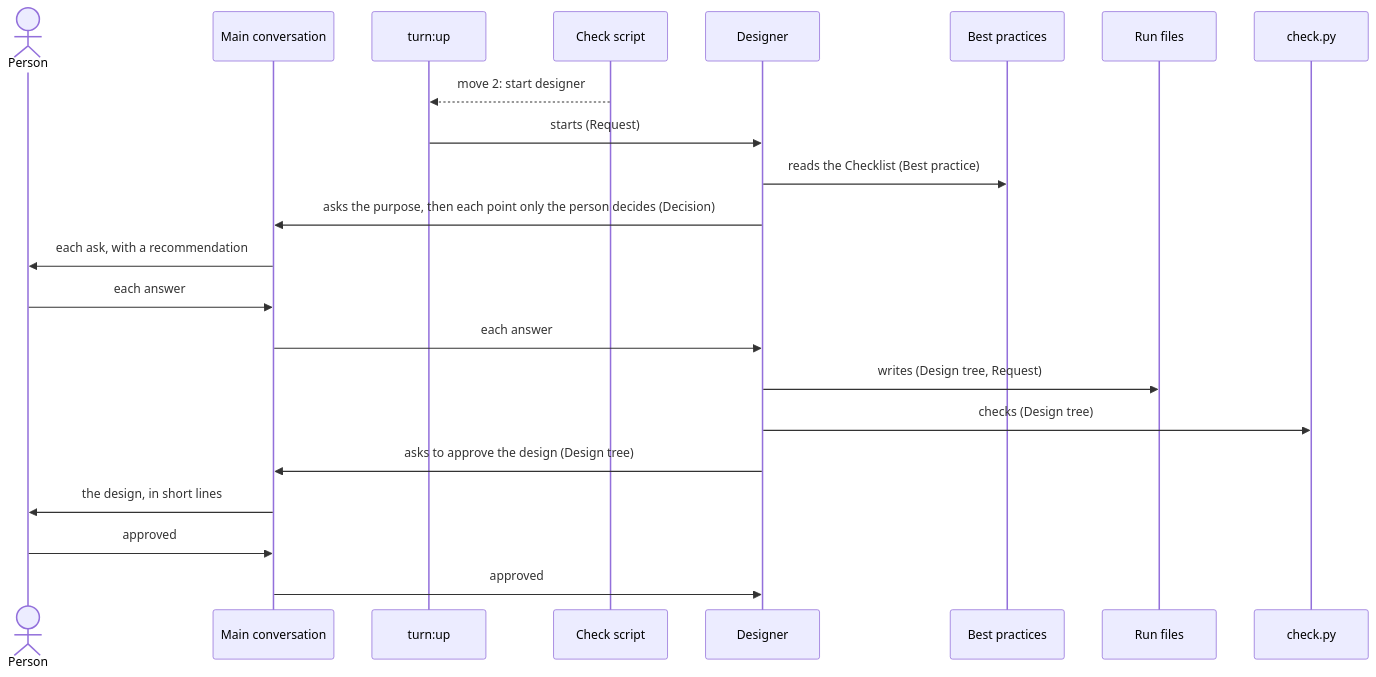
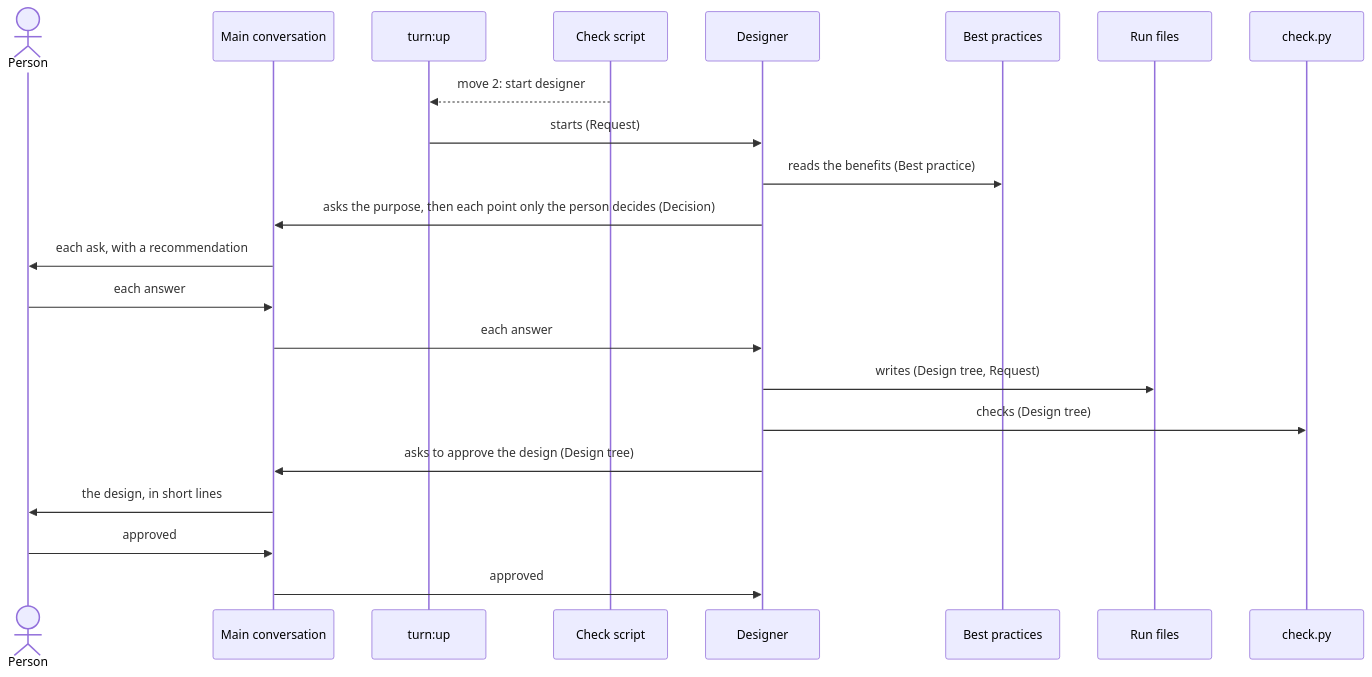
One commit to lovaizu/ccpm changed the third of 5 diagrams in dev/turn/architecture.md. Above: the diagram before and after it, drawn with Mermaid. The commit also changed other lines of this file and 14 other files, not shown here.

First line of the commit message:
turn's documents and figures speak of a best practice's goal, parts, benefits and practices, with no Standard; practices.py gives the evaluator the first three; page titles of three grounds as their pages now give them

````diff
--- a/dev/turn/architecture.md
+++ b/dev/turn/architecture.md
@@ -274,24 +278,24 @@
 ```mermaid
 sequenceDiagram
   actor P as Person
   participant M as Main conversation
   participant U as turn:up
   participant L as Check script
   participant D as Designer
   participant B as Best practices
   participant R as Run files
   participant C as check.py
   L-->>U: move 2: start designer
   U->>D: starts (Request)
-  D->>B: reads the Checklist (Best practice)
+  D->>B: reads the benefits (Best practice)
   D->>M: asks the purpose, then each point only the person decides (Decision)
   M->>P: each ask, with a recommendation
   P->>M: each answer
   M->>D: each answer
   D->>R: writes (Design tree, Request)
   D->>C: checks (Design tree)
   D->>M: asks to approve the design (Design tree)
   M->>P: the design, in short lines
   P->>M: approved
   M->>D: approved
 ```
````
